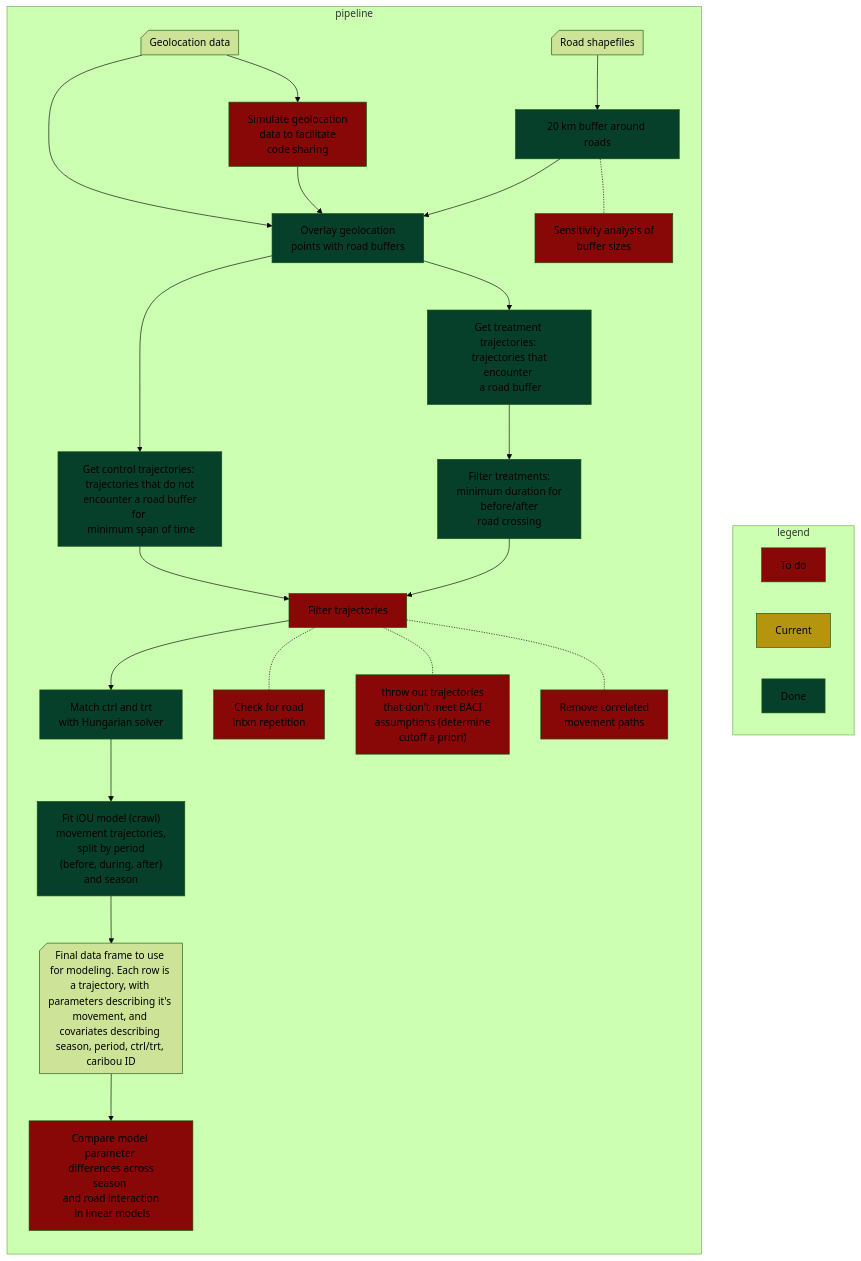
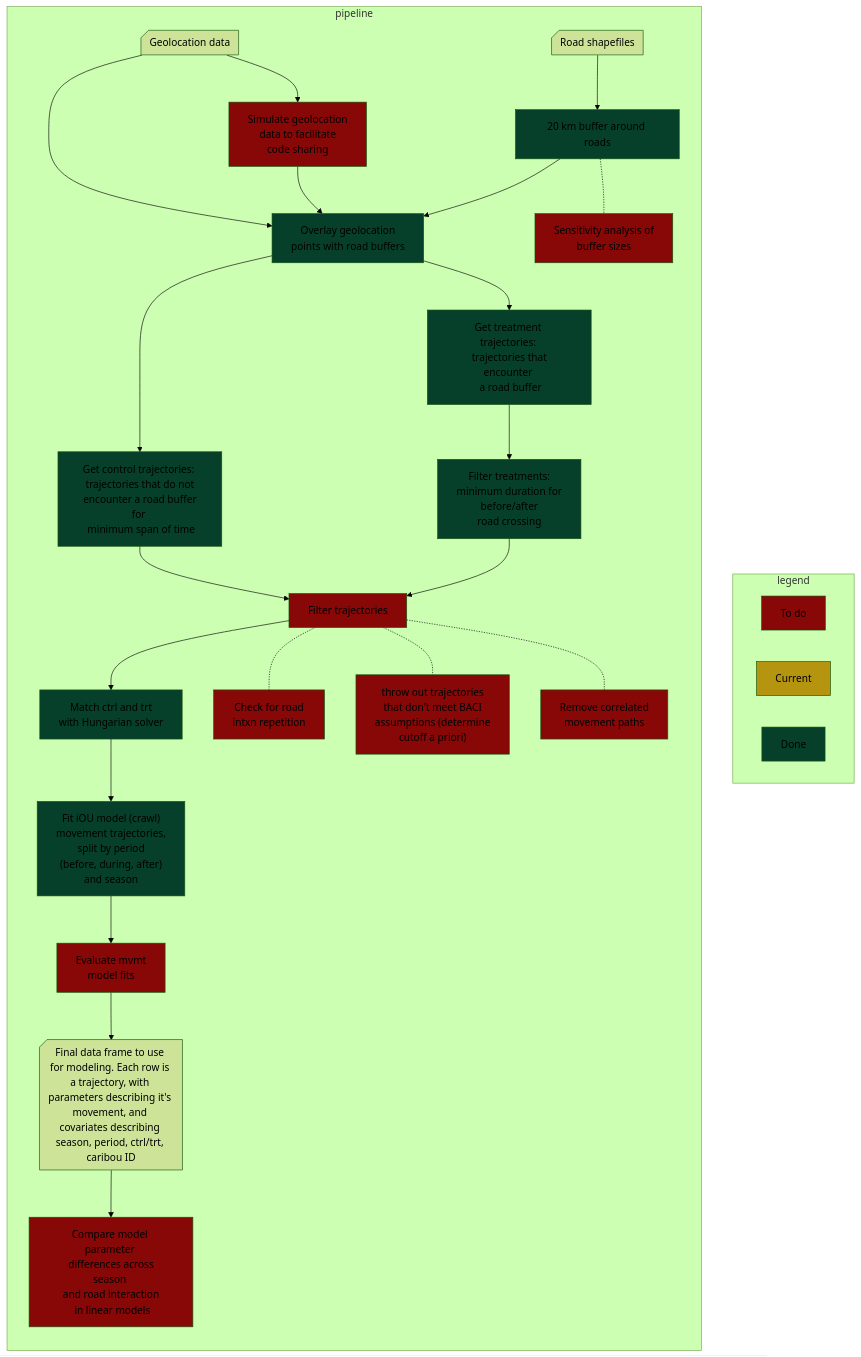
The diagram in Documents/mvBACIpipeline.mmd (kchalkowski/MvBACI), drawn with Mermaid (forest theme) before and after one commit. The commit also changed 2 other files, not shown here.

Commit message:
adding forest plots to look at movement model parms for whole dataset

```diff
--- a/Documents/mvBACIpipeline.mmd
+++ b/Documents/mvBACIpipeline.mmd
@@ -1,63 +1,65 @@
 ---
 config:
   flowchart:
     htmlLabels: false
 ---
 
 
 flowchart TB
 subgraph legend
 	direction LR
     todo["`To do`"]:::todo
     current["`Current`"]:::current
     done["`Done`"]:::done
 	end
 	subgraph pipeline
 	direction TB
 		geolocdat["`Geolocation data`"]
 		roaddat["`Road shapefiles`"]
 		roadbuff["`20 km buffer around roads`"]
 		overlay["`Overlay geolocation <br> points with road buffers`"]
 		procdata["`Get treatment trajectories: <br> trajectories that encounter <br> a road buffer`"]
 		procdatact["`Get control trajectories: <br> trajectories that do not <br> encounter a road buffer for <br> minimum span of time`"]
 		filterdata["`Filter treatments: <br> minimum duration for <br> before/after <br> road crossing`"]
     OUmod["`Fit iOU model (crawl) <br> movement trajectories, <br> split by period <br> (before, during, after) <br> and season`"]
     BACIfilter["`throw out trajectories <br> that don't meet BACI <br> assumptions (determine <br> cutoff a priori)`"]
     Linearmodels["`Compare model parameter <br> differences across season <br> and road interaction <br> in linear models`"]
 		buffersens["`Sensitivity analysis of <br> buffer sizes`"]
     simdata["`Simulate geolocation <br> data to facilitate <br>code sharing`"]
     corrfilter["`Remove correlated <br>movement paths`"]
     analys["`Final data frame to use for modeling. Each row is a trajectory, with parameters describing it's movement, and covariates describing season, period, ctrl/trt, caribou ID`"]
     filterpairs["`Filter trajectories`"]
     Hungarian["`Match ctrl and trt<br> with Hungarian solver`"]
     checkpseudo["`Check for road <br>intxn repetition`"]
+    evalmov["`Evaluate mvmt <br>model fits`"]
     
     geolocdat@{ shape: notch-rect }
     roaddat@{ shape: notch-rect }
     analys@{ shape: notch-rect }
     
     roadbuff-.-buffersens:::todo
     filterpairs-.-corrfilter:::todo
     filterpairs-.-BACIfilter:::todo
     filterpairs-.-checkpseudo:::todo
 
     geolocdat--> simdata:::todo
     simdata --> overlay    
     roaddat --> roadbuff:::done
 		roadbuff --> overlay:::done
 		geolocdat --> overlay
     overlay --> procdata:::done
     overlay --> procdatact:::done
     procdata --> filterdata:::done
     procdatact --> filterpairs:::todo
     filterdata --> filterpairs
     filterpairs --> Hungarian:::done
     Hungarian --> OUmod:::done
-    OUmod --> analys
+    OUmod --> evalmov:::todo
+    evalmov --> analys
     analys --> Linearmodels:::todo
     
     end
     
     classDef todo fill:#880808
     classDef current fill:#B59410
     classDef done fill:#06402B
```
